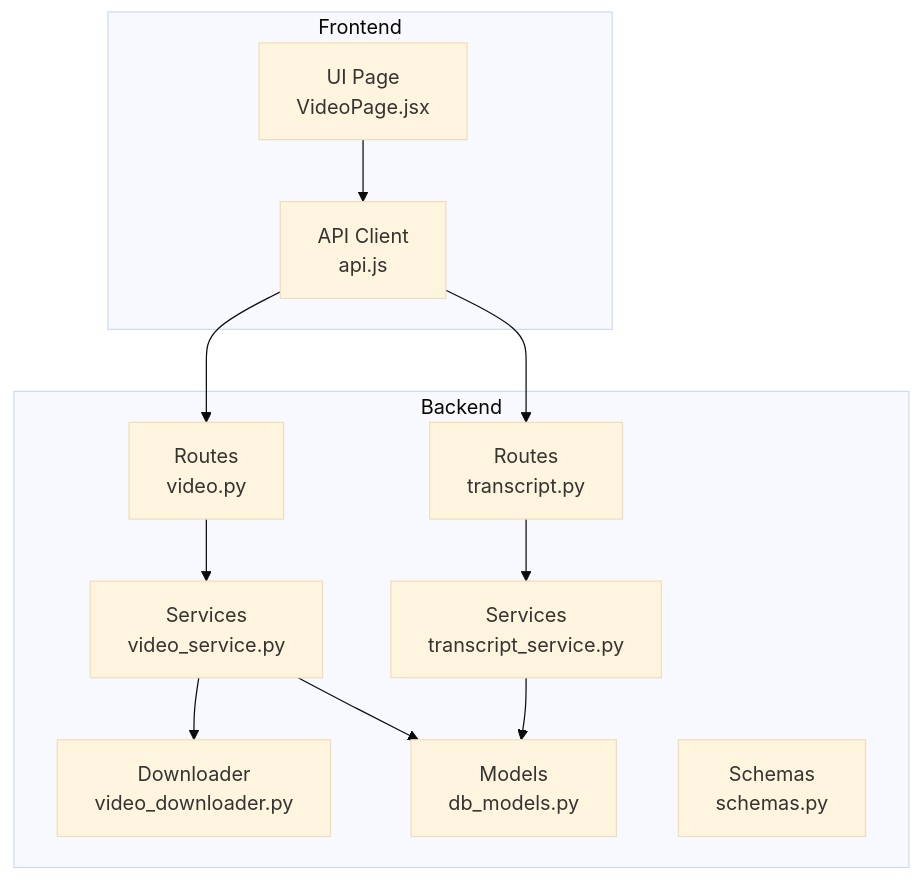
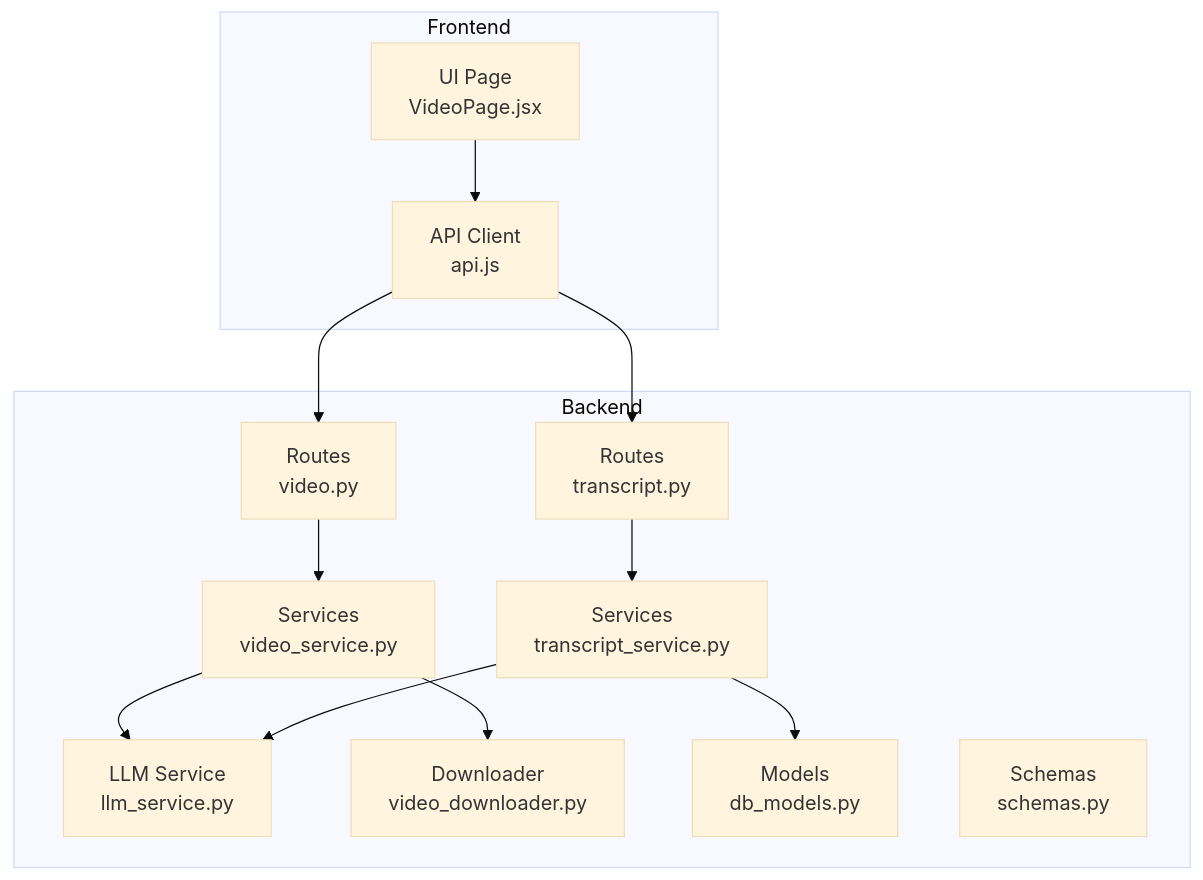
The first of 3 diagrams in .qoder/repowiki/en/content/API Reference/Video Interview API.md (Revanththetalogics/aireume), drawn with Mermaid (base theme) before and after one commit. The commit also changed other lines of this file and 6 other files, not shown here.

````diff
--- a/.qoder/repowiki/en/content/API Reference/Video Interview API.md
+++ b/.qoder/repowiki/en/content/API Reference/Video Interview API.md
@@ -43,24 +53,26 @@
 ```mermaid
 graph TB
 subgraph "Backend"
 R1["Routes<br/>video.py"]
 R2["Routes<br/>transcript.py"]
 S1["Services<br/>video_service.py"]
 S2["Services<br/>transcript_service.py"]
+S3["LLM Service<br/>llm_service.py"]
 D1["Downloader<br/>video_downloader.py"]
 M1["Models<br/>db_models.py"]
-S3["Schemas<br/>schemas.py"]
+S4["Schemas<br/>schemas.py"]
 end
 subgraph "Frontend"
 F1["API Client<br/>api.js"]
 F2["UI Page<br/>VideoPage.jsx"]
 end
 F1 --> R1
 F1 --> R2
 R1 --> S1
 R2 --> S2
 S1 --> D1
 S2 --> M1
-S1 --> M1
+S1 --> S3
+S2 --> S3
 F2 --> F1
 ```
````
